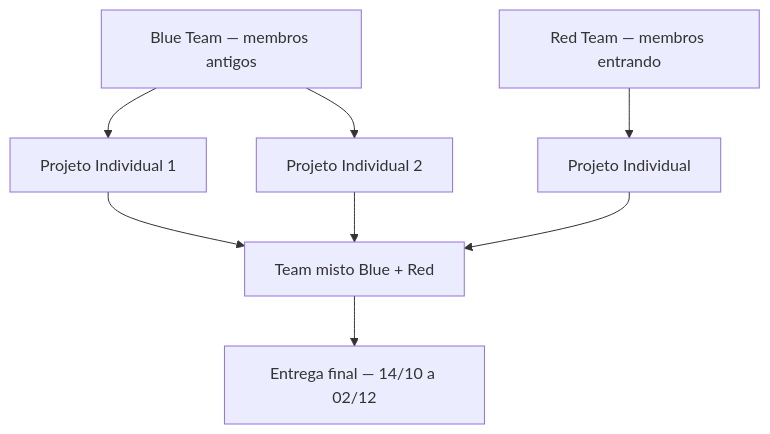
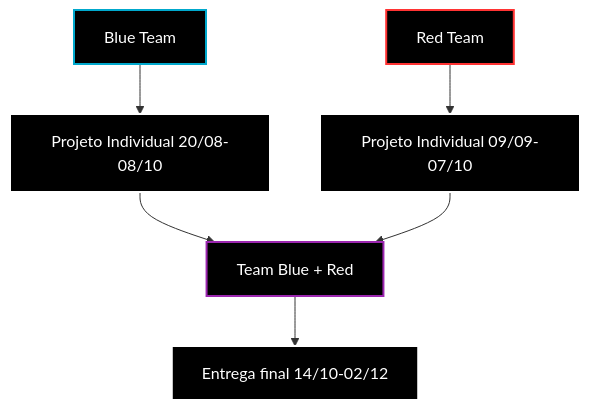
The diagram in README.md (gitinspersec/Projetos), drawn with Mermaid before and after one commit.

Commit message:
Fix: Mermaid updated

````diff
--- a/README.md
+++ b/README.md
@@ -51,14 +51,24 @@
 ```mermaid
 flowchart TD
-    A[Blue Team — membros antigos] --> B[Projeto Individual 1]
-    A --> C[Projeto Individual 2]
-    T[Team misto Blue + Red]
+    A[Blue Team] --> B[Projeto Individual 20/08-08/10]
+    T[Team Blue + Red]
 
-    R[Red Team — membros entrando] --> D[Projeto Individual]
+    R[Red Team] --> D[Projeto Individual 09/09-07/10]
 
     B --> T
-    C --> T
     D --> T
 
-    T --> E[Entrega final — 14/10 a 02/12]
+    T --> E[Entrega final 14/10-02/12]
+
+    classDef vermelho fill:#000,stroke:#ff3333,stroke-width:2px,color:#fff;
+    classDef azul fill:#000,stroke:#00a8cc,stroke-width:2px,color:#fff;
+    classDef roxo fill:#000,stroke:#9c27b0,stroke-width:2px,color:#fff;
+    classDef branco fill:#000,stroke:#ffffff,stroke-width:2px,color:#fff;
+
+    class A azul;
+    class B branco;
+    class R vermelho;
+    class D branco;
+    class E branco;
+    class T roxo;
 ```
````
